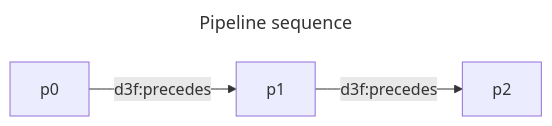
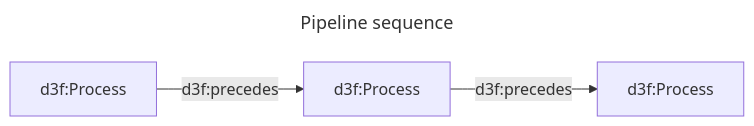
Before and after one commit to ioggstream/d3sign: the second of 2 diagrams in app/src/data/examples/004-data-pipeline.md, drawn with Mermaid. The commit also changed 32 other files, not shown here.

````diff
--- a/app/src/data/examples/004-data-pipeline.md
+++ b/app/src/data/examples/004-data-pipeline.md
@@ -39,9 +39,12 @@
 ```mermaid
 ---
 title: Pipeline sequence
 ---
 graph LR
 
+p0[d3f:Process]
+p1[d3f:Process]
+p2[d3f:Process]
+
 p0 -->|d3f:precedes| p1 -->|d3f:precedes| p2
-
 ```
````
